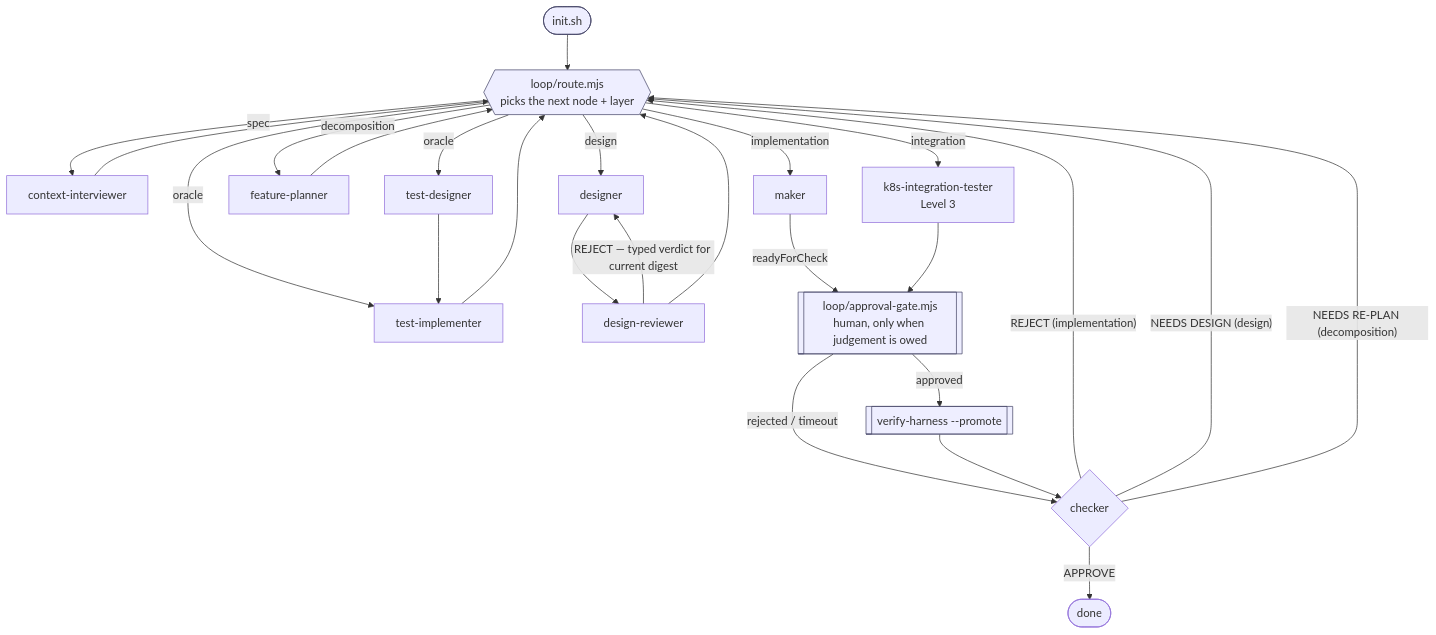
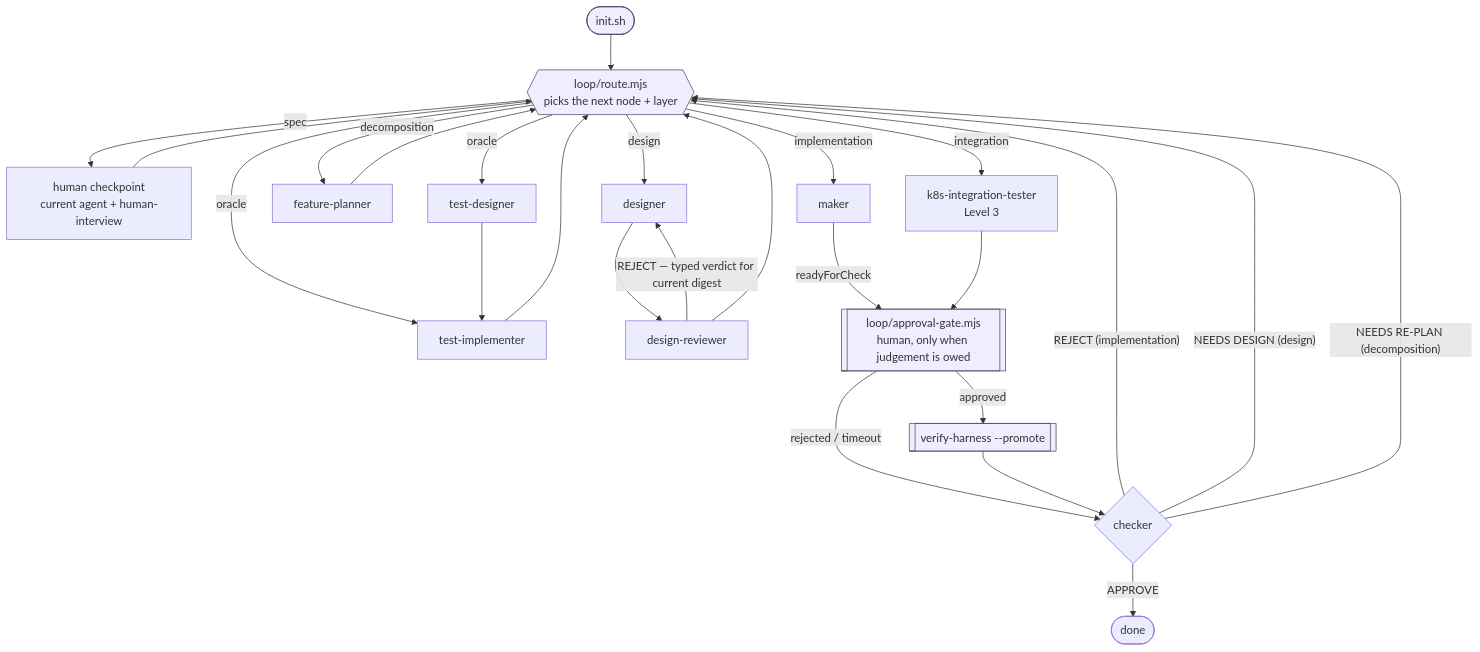
One commit to truonghedspi/harness changed the diagram in harness-loop/references/graph.md. Above: the diagram before and after it, drawn with Mermaid. The commit also changed other lines of this file and 31 other files, not shown here.

Commit message:
workflow: replace interviewer agent with in-context skill

````diff
--- a/harness-loop/references/graph.md
+++ b/harness-loop/references/graph.md
@@ -137,29 +142,29 @@
 ```mermaid
 flowchart TD
   I([init.sh]) --> R{{"loop/route.mjs<br/>picks the next node + layer"}}
-  R -->|spec| CI[context-interviewer]
+  R -->|spec| H["human checkpoint<br/>current agent + human-interview"]
   R -->|design| D[designer]
   R -->|decomposition| FP[feature-planner]
   R -->|oracle| TD[test-designer]
   R -->|oracle| TI[test-implementer]
   R -->|integration| K["k8s-integration-tester<br/>Level 3"]
   R -->|implementation| M[maker]
-  CI --> R
+  H --> R
   D --> DR[design-reviewer]
   DR -->|"REJECT — typed verdict for current digest"| D
   DR --> R
   FP --> R
   TD --> TI
   TI --> R
   M -->|readyForCheck| A[["loop/approval-gate.mjs<br/>human, only when judgement is owed"]]
   K --> A
   A -->|approved| P[["verify-harness --promote"]]
   A -->|rejected / timeout| C
   P --> C{checker}
   C -->|APPROVE| DONE([done])
   C -->|"REJECT (implementation)"| R
   C -->|"NEEDS DESIGN (design)"| R
   C -->|"NEEDS RE-PLAN (decomposition)"| R
   classDef code fill:#eef,stroke:#446
   class I,R,A,P code
 ```
````
